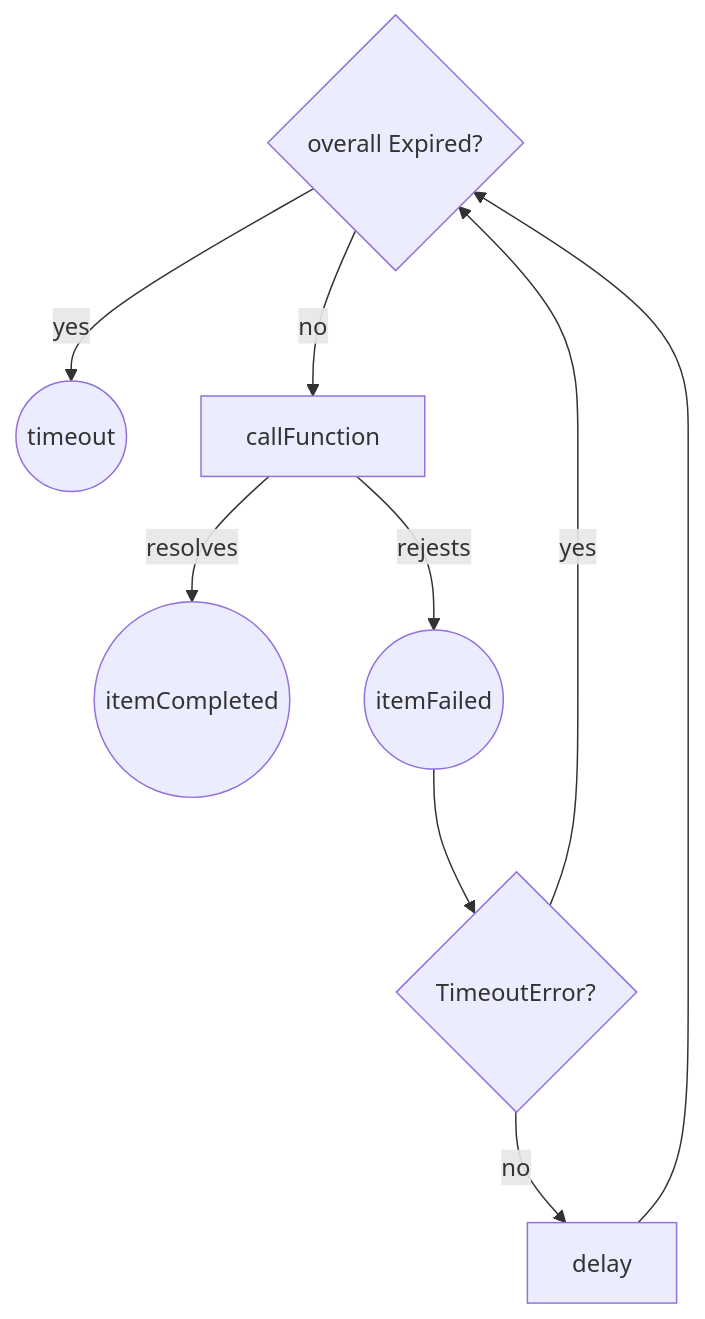
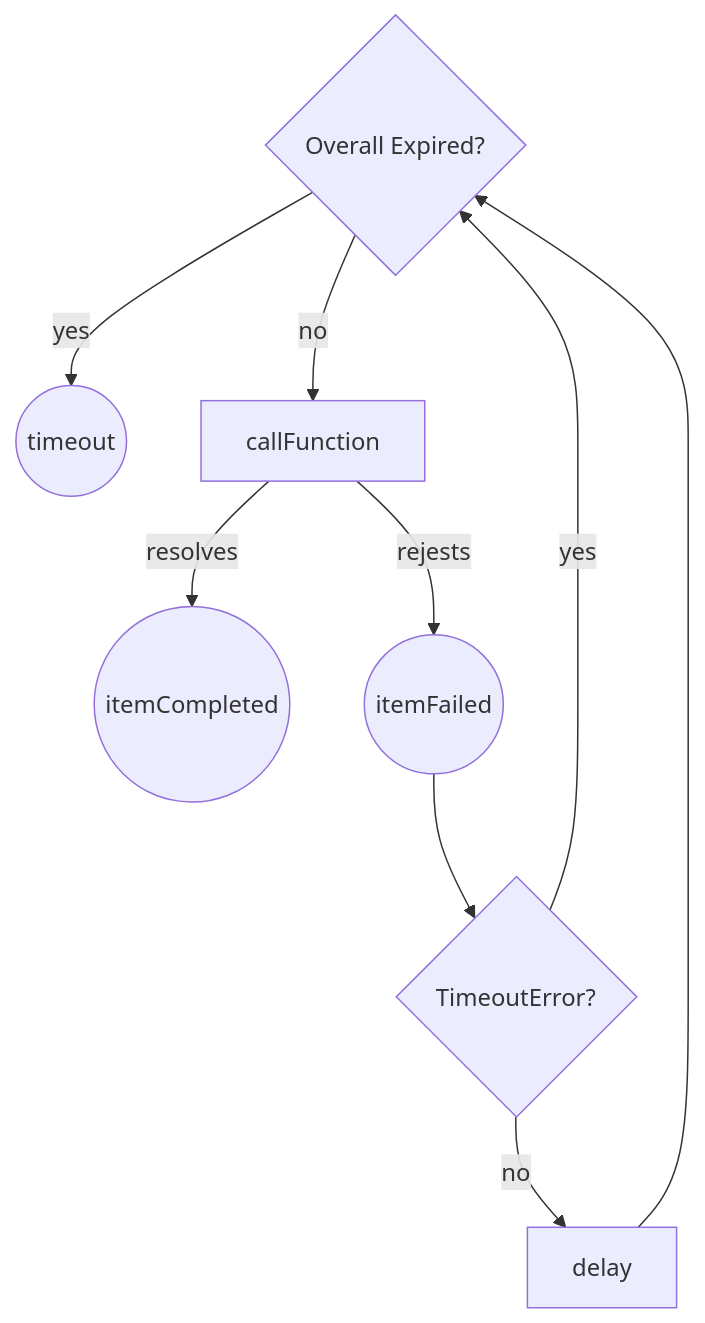
Before and after one commit to MapColonies/cleanup-registry: the second of 2 diagrams in README.md, drawn with Mermaid. The commit also changed other lines of this file and 3 other files, not shown here.

````diff
--- a/README.md
+++ b/README.md
@@ -100,12 +102,12 @@
 ```mermaid
 flowchart TB
-    A{overall Expired?}
+    A{Overall Expired?}
     A -->|yes| B((timeout))
     A -->|no| C[callFunction]
     C -->|resolves| D((itemCompleted))
     C -->|rejests| E((itemFailed))
     E -->F{TimeoutError?}
     F -->|yes| A
     F -->|no| G[delay]
     G --> A
 ```
````
